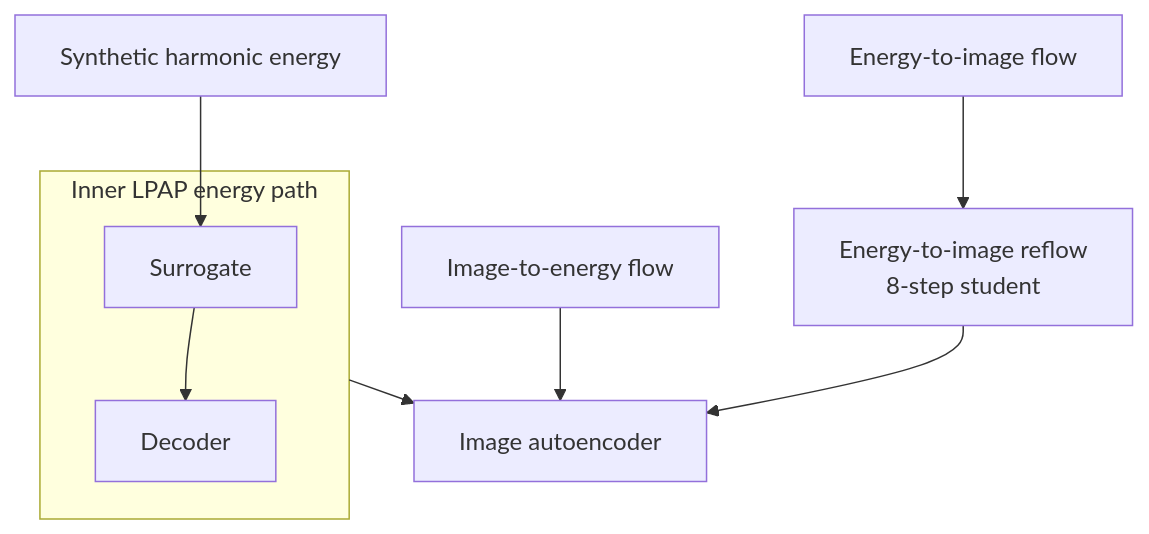
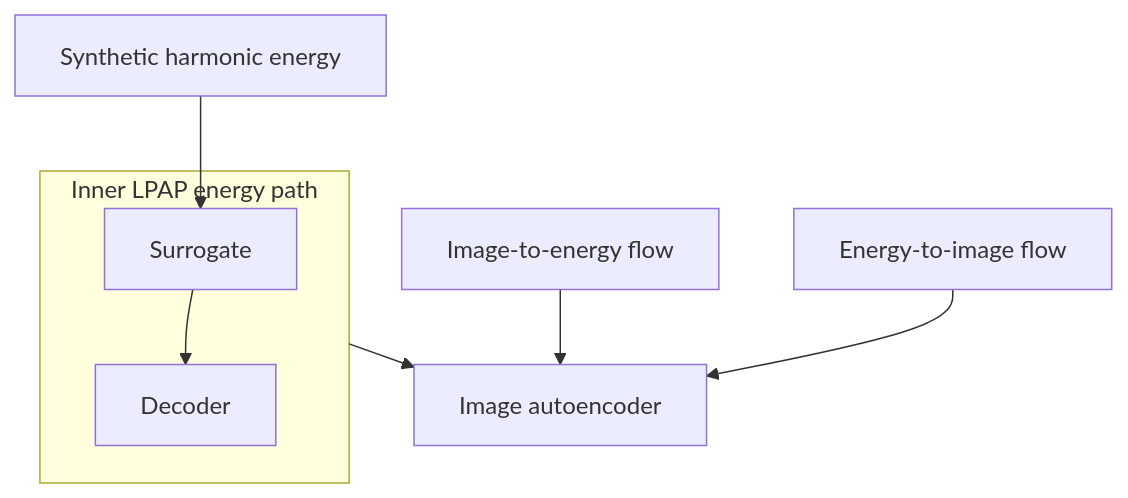
One commit to matovitch/lpap changed the diagram in doc/index.md. Above: the diagram before and after it, drawn with Mermaid. The commit also changed other lines of this file and 28 other files, not shown here.

First line of the commit message:
Drop unused energy-to-image reflow and tidy energy-bank priors.

````diff
--- a/doc/index.md
+++ b/doc/index.md
@@ -40,16 +39,16 @@
 ```mermaid
 flowchart TD
     synthetic[Synthetic harmonic energy] --> surrogate[Surrogate]
     surrogate --> decoder[Decoder]
     i2e[Image-to-energy flow]
-    e2i[Energy-to-image flow] --> reflow[Energy-to-image reflow<br/>8-step student]
+    e2i[Energy-to-image flow]
 
     subgraph inner [Inner LPAP energy path]
         surrogate
         decoder
     end
 
     i2e --> autoencoder[Image autoencoder]
+    e2i --> autoencoder
     inner --> autoencoder
-    reflow --> autoencoder
 ```
````
